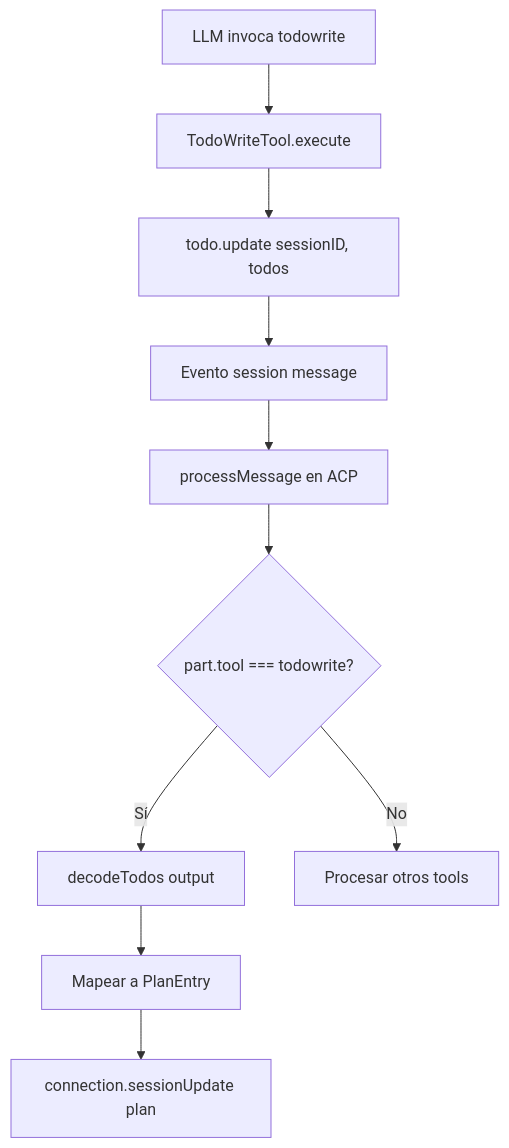
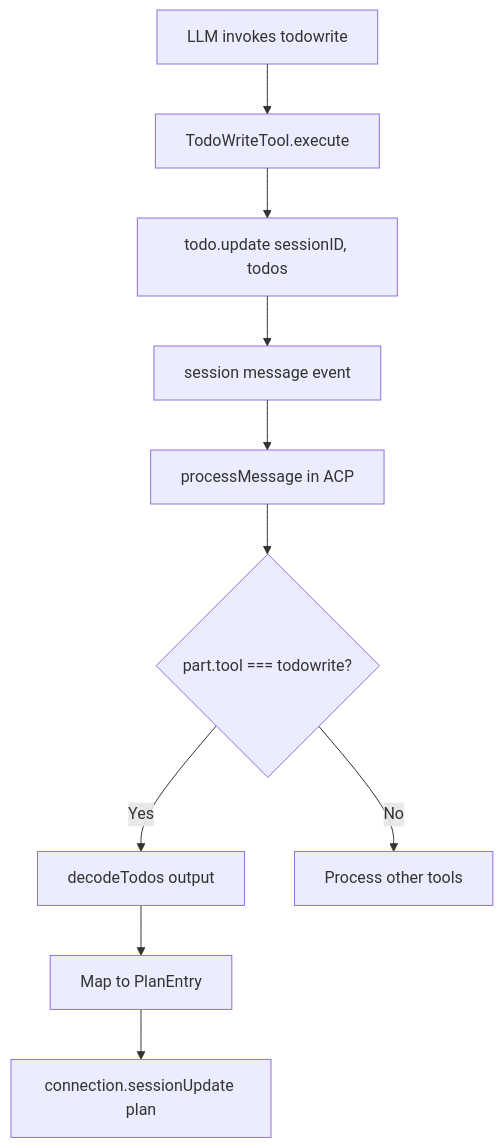
Before and after one commit to digiogithub/pando: the first of 4 diagrams in .kb/pando/research/acp-opencode-plan-deepwiki.md, drawn with Mermaid. The commit also changed other lines of this file and 63 other files, not shown here.

````diff
--- a/.kb/pando/research/acp-opencode-plan-deepwiki.md
+++ b/.kb/pando/research/acp-opencode-plan-deepwiki.md
@@ -42,12 +42,12 @@
 ```mermaid
 graph TD
-    LLM["LLM invoca todowrite"] --> Tool["TodoWriteTool.execute"]
+    LLM["LLM invokes todowrite"] --> Tool["TodoWriteTool.execute"]
     Tool --> Update["todo.update sessionID, todos"]
-    Update --> Event["Evento session message"]
-    Event --> Process["processMessage en ACP"]
+    Update --> Event["session message event"]
+    Event --> Process["processMessage in ACP"]
     Process --> Check{part.tool === todowrite?}
-    Check -->|Sí| Parse["decodeTodos output"]
-    Parse --> Map["Mapear a PlanEntry"]
+    Check -->|Yes| Parse["decodeTodos output"]
+    Parse --> Map["Map to PlanEntry"]
     Map --> Send["connection.sessionUpdate plan"]
-    Check -->|No| Other["Procesar otros tools"]
+    Check -->|No| Other["Process other tools"]
 ```
````
